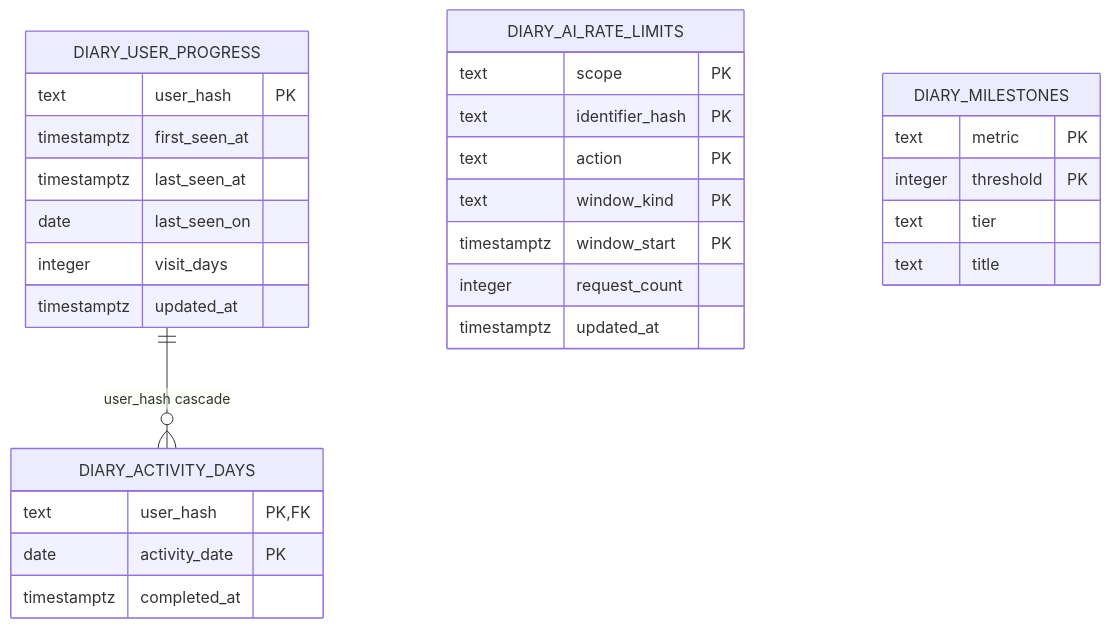
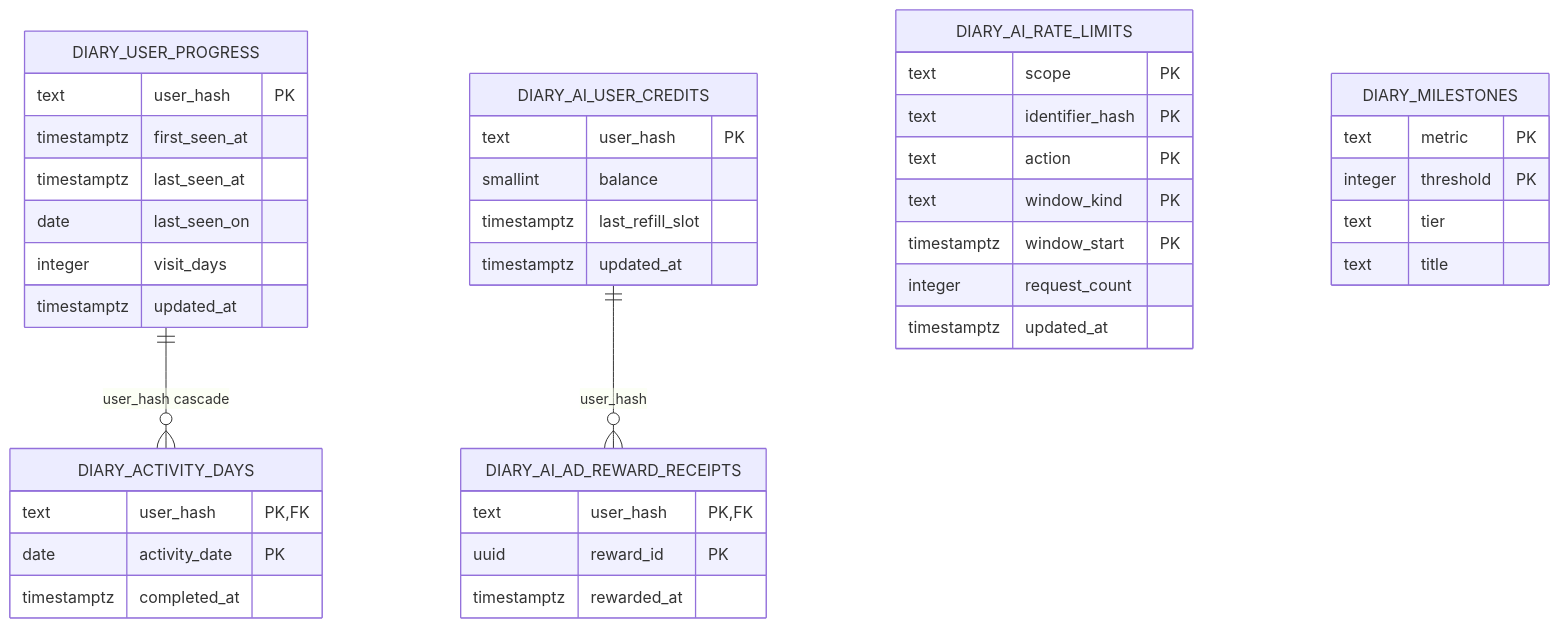
The diagram in docs/erd.md (TossHackathonTMD/SummerVacationDiary), drawn with Mermaid before and after one commit. The commit also changed other lines of this file and 7 other files, not shown here.

Commit message:
docs: document rewarded ad credit flow

````diff
--- a/docs/erd.md
+++ b/docs/erd.md
@@ -13,32 +13,44 @@
 ```mermaid
 erDiagram
     DIARY_USER_PROGRESS ||--o{ DIARY_ACTIVITY_DAYS : "user_hash cascade"
+    DIARY_AI_USER_CREDITS ||--o{ DIARY_AI_AD_REWARD_RECEIPTS : "user_hash"
+    DIARY_AI_USER_CREDITS {
+        text user_hash PK
+        smallint balance
+        timestamptz last_refill_slot
+        timestamptz updated_at
+    }
+    DIARY_AI_AD_REWARD_RECEIPTS {
+        text user_hash PK,FK
+        uuid reward_id PK
+        timestamptz rewarded_at
+    }
     DIARY_AI_RATE_LIMITS {
         text scope PK
         text identifier_hash PK
         text action PK
         text window_kind PK
         timestamptz window_start PK
         integer request_count
         timestamptz updated_at
     }
     DIARY_USER_PROGRESS {
         text user_hash PK
         timestamptz first_seen_at
         timestamptz last_seen_at
         date last_seen_on
         integer visit_days
         timestamptz updated_at
     }
     DIARY_ACTIVITY_DAYS {
         text user_hash PK,FK
         date activity_date PK
         timestamptz completed_at
     }
     DIARY_MILESTONES {
         text metric PK
         integer threshold PK
         text tier
         text title
     }
 ```
````
